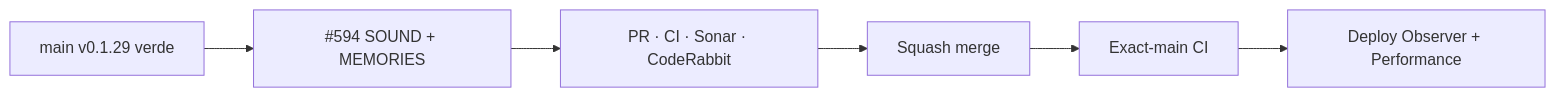
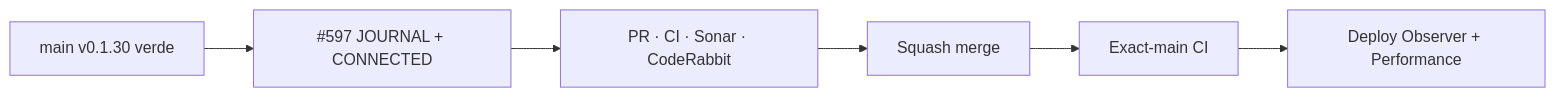
One commit to pl0n3r/brvtal changed the diagram in README.md. Above: the diagram before and after it, drawn with Mermaid. The commit also changed other lines of this file and 10 other files, not shown here.

First line of the commit message:
design: authored Concept 05 Journal + Connected for desktop and mobile (v0.1.31) (#598)

````diff
--- a/README.md
+++ b/README.md
@@ -48,8 +48,8 @@
 ```mermaid
 flowchart LR
- B["main v0.1.29 verde"] --> S["#594 SOUND + MEMORIES"]
- S --> P["PR · CI · Sonar · CodeRabbit"]
+ B["main v0.1.30 verde"] --> J["#597 JOURNAL + CONNECTED"]
+ J --> P["PR · CI · Sonar · CodeRabbit"]
  P --> M["Squash merge"]
  M --> X["Exact-main CI"]
  X --> D["Deploy Observer + Performance"]
 ```
````
